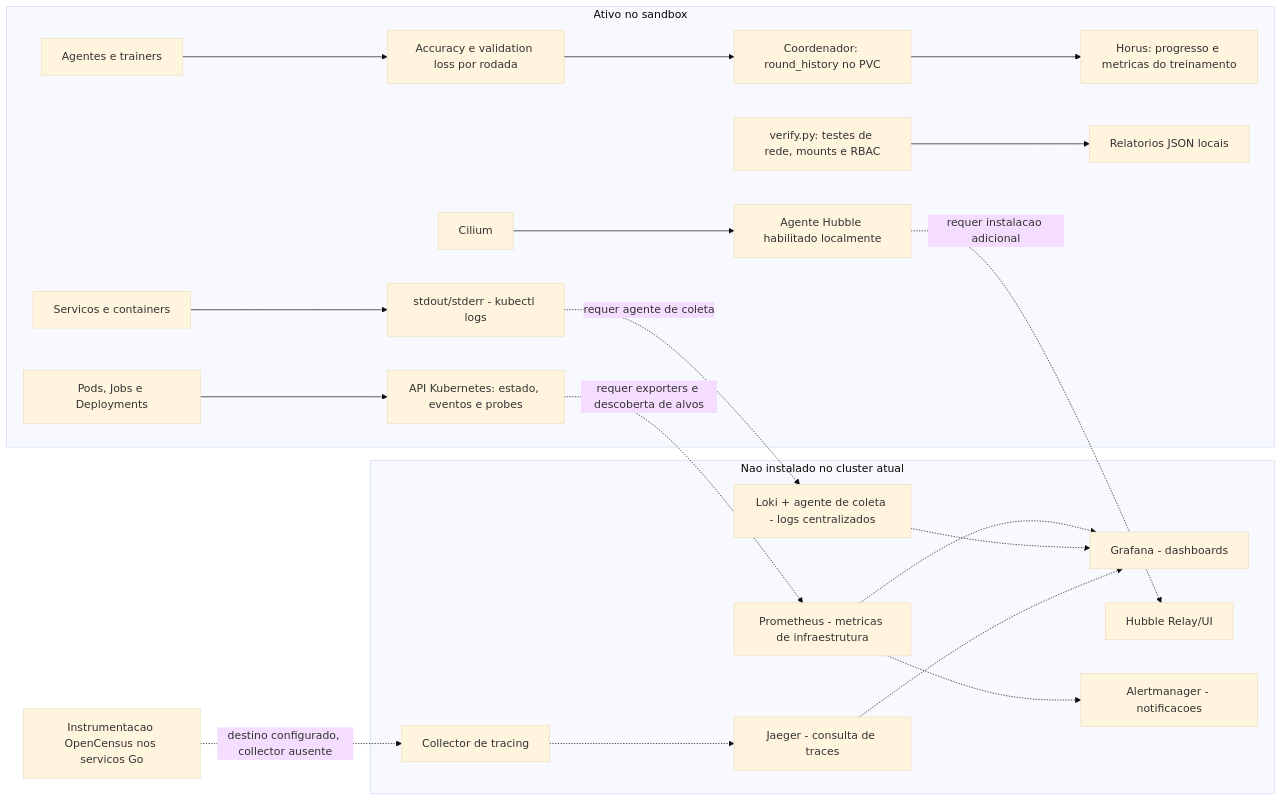
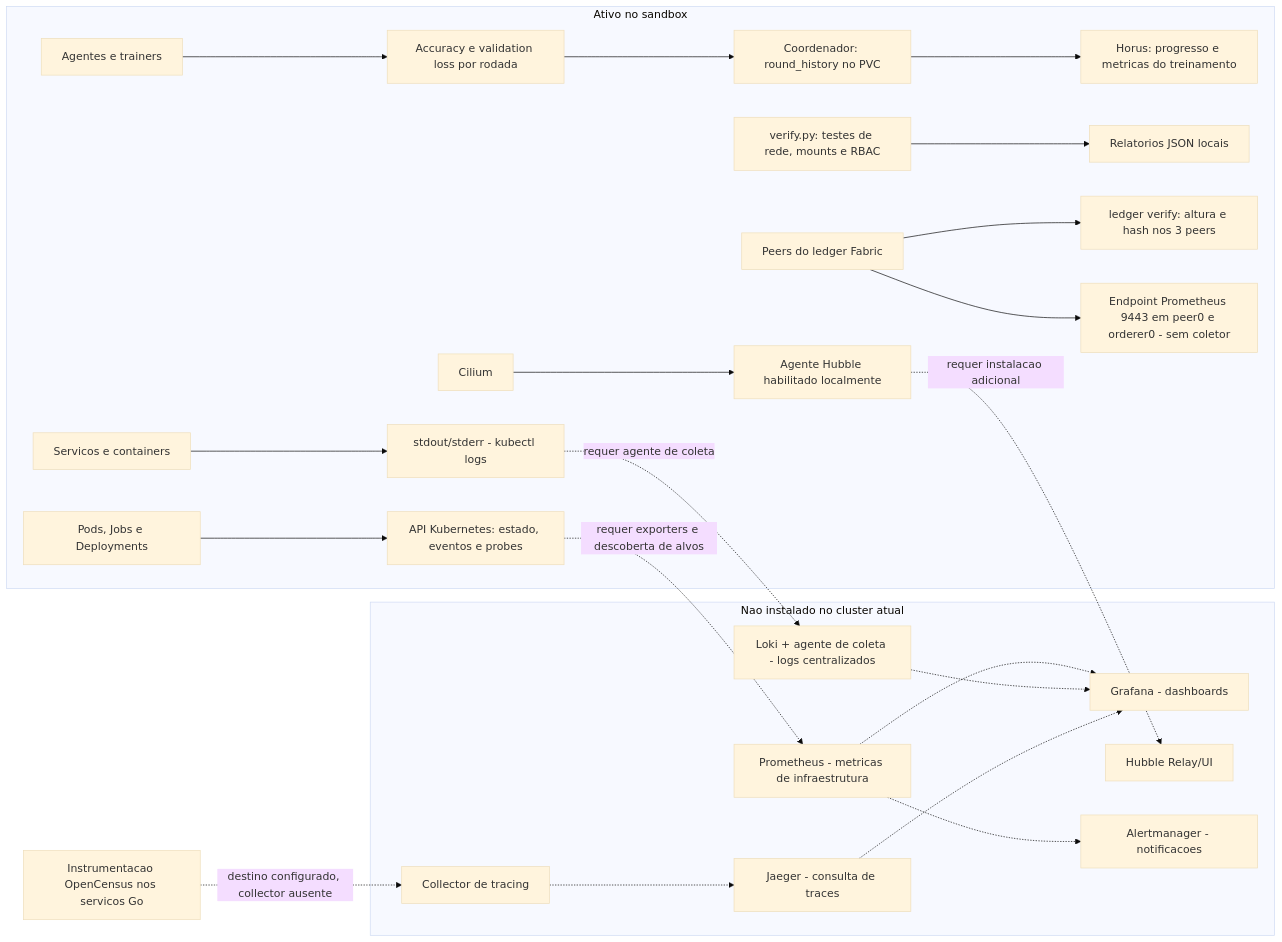
The third of 3 diagrams in docs/arquitetura-atual.md (meiryleneavelino/ProjectMeiry), drawn with Mermaid (base theme) before and after one commit. The commit also changed other lines of this file and 163 other files, not shown here.

````diff
--- a/docs/arquitetura-atual.md
+++ b/docs/arquitetura-atual.md
@@ -227,30 +251,32 @@
 ```mermaid
 flowchart LR
     subgraph Ativo[Ativo no sandbox]
         Servicos[Servicos e containers] --> Logs[stdout/stderr - kubectl logs]
         Pods[Pods, Jobs e Deployments] --> API[API Kubernetes: estado, eventos e probes]
         Agentes[Agentes e trainers] --> Metricas[Accuracy e validation loss por rodada]
         Metricas --> Historico[Coordenador: round_history no PVC]
         Historico --> Horus[Horus: progresso e metricas do treinamento]
         Rede[Cilium] --> Hubble[Agente Hubble habilitado localmente]
         Verificador[verify.py: testes de rede, mounts e RBAC] --> Relatorios[Relatorios JSON locais]
+        Ledger[Peers do ledger Fabric] --> Cabecas[ledger verify: altura e hash nos 3 peers]
+        Ledger --> FabricMet[Endpoint Prometheus 9443 em peer0 e orderer0 - sem coletor]
     end
     subgraph Ausente[Nao instalado no cluster atual]
         Prom[Prometheus - metricas de infraestrutura]
         Graf[Grafana - dashboards]
         Loki[Loki + agente de coleta - logs centralizados]
         Collector[Collector de tracing]
         Jaeger[Jaeger - consulta de traces]
         Relay[Hubble Relay/UI]
         Alertas[Alertmanager - notificacoes]
     end
     API -.->|requer exporters e descoberta de alvos| Prom
     Logs -.->|requer agente de coleta| Loki
     Traces[Instrumentacao OpenCensus nos servicos Go] -.->|destino configurado, collector ausente| Collector
     Collector -.-> Jaeger
     Prom -.-> Graf
     Loki -.-> Graf
     Jaeger -.-> Graf
     Prom -.-> Alertas
     Hubble -.->|requer instalacao adicional| Relay
 ```
````
